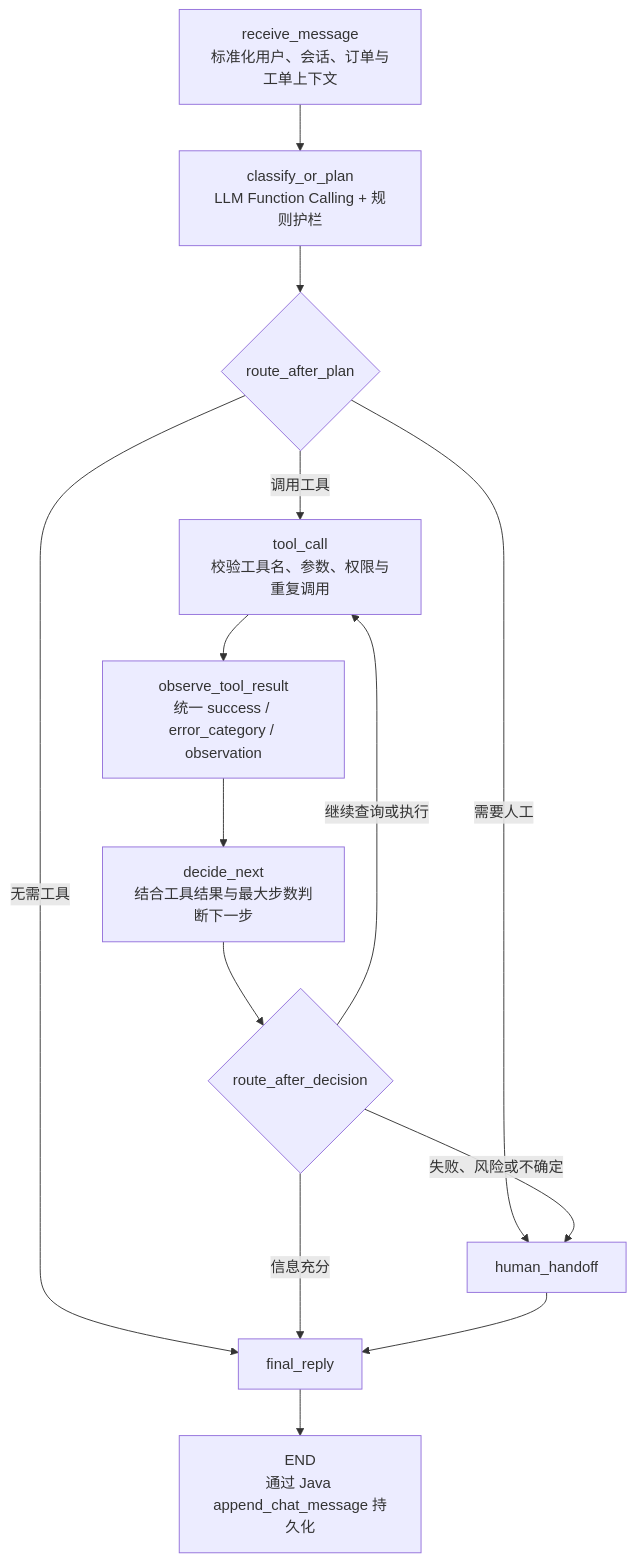
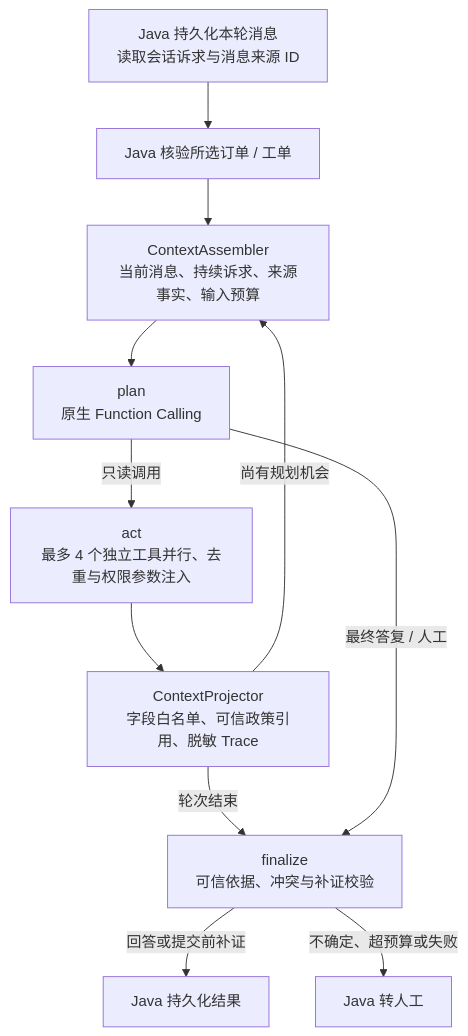
The second of 3 diagrams in README.md (yyx758/ecommerce-after-sales-system), drawn with Mermaid before and after one commit. The commit also changed other lines of this file and 96 other files, not shown here.

Commit message:
feat: activate after-sales context engineering

````diff
--- a/README.md
+++ b/README.md
@@ -167,20 +37,13 @@
 ```mermaid
 flowchart TD
-    A0["receive_message<br/>标准化用户、会话、订单与工单上下文"] --> A1["classify_or_plan<br/>LLM Function Calling + 规则护栏"]
-    A1 --> ROUTE{"route_after_plan"}
-
-    ROUTE -->|调用工具| A2["tool_call<br/>校验工具名、参数、权限与重复调用"]
-    ROUTE -->|需要人工| A6["human_handoff"]
-    ROUTE -->|无需工具| A7["final_reply"]
-
-    A2 --> A3["observe_tool_result<br/>统一 success / error_category / observation"]
-    A3 --> A4["decide_next<br/>结合工具结果与最大步数判断下一步"]
-    A4 --> NEXT{"route_after_decision"}
-
-    NEXT -->|继续查询或执行| A2
-    NEXT -->|失败、风险或不确定| A6
-    NEXT -->|信息充分| A7
-
-    A6 --> A7
-    A7 --> END["END<br/>通过 Java append_chat_message 持久化"]
+    IN["Java 持久化本轮消息<br/>读取会话诉求与消息来源 ID"] --> VERIFY["Java 核验所选订单 / 工单"]
+    VERIFY --> VIEW["ContextAssembler<br/>当前消息、持续诉求、来源事实、输入预算"]
+    VIEW --> PLAN["plan<br/>原生 Function Calling"]
+    PLAN -->|只读调用| ACT["act<br/>最多 4 个独立工具并行、去重与权限参数注入"]
+    ACT --> PROJECT["ContextProjector<br/>字段白名单、可信政策引用、脱敏 Trace"]
+    PROJECT -->|尚有规划机会| VIEW
+    PROJECT -->|轮次结束| FINAL["finalize<br/>可信依据、冲突与补证校验"]
+    PLAN -->|最终答复 / 人工| FINAL
+    FINAL -->|回答或提交前补证| JAVA["Java 持久化结果"]
+    FINAL -->|不确定、超预算或失败| HUMAN["Java 转人工"]
 ```
````
